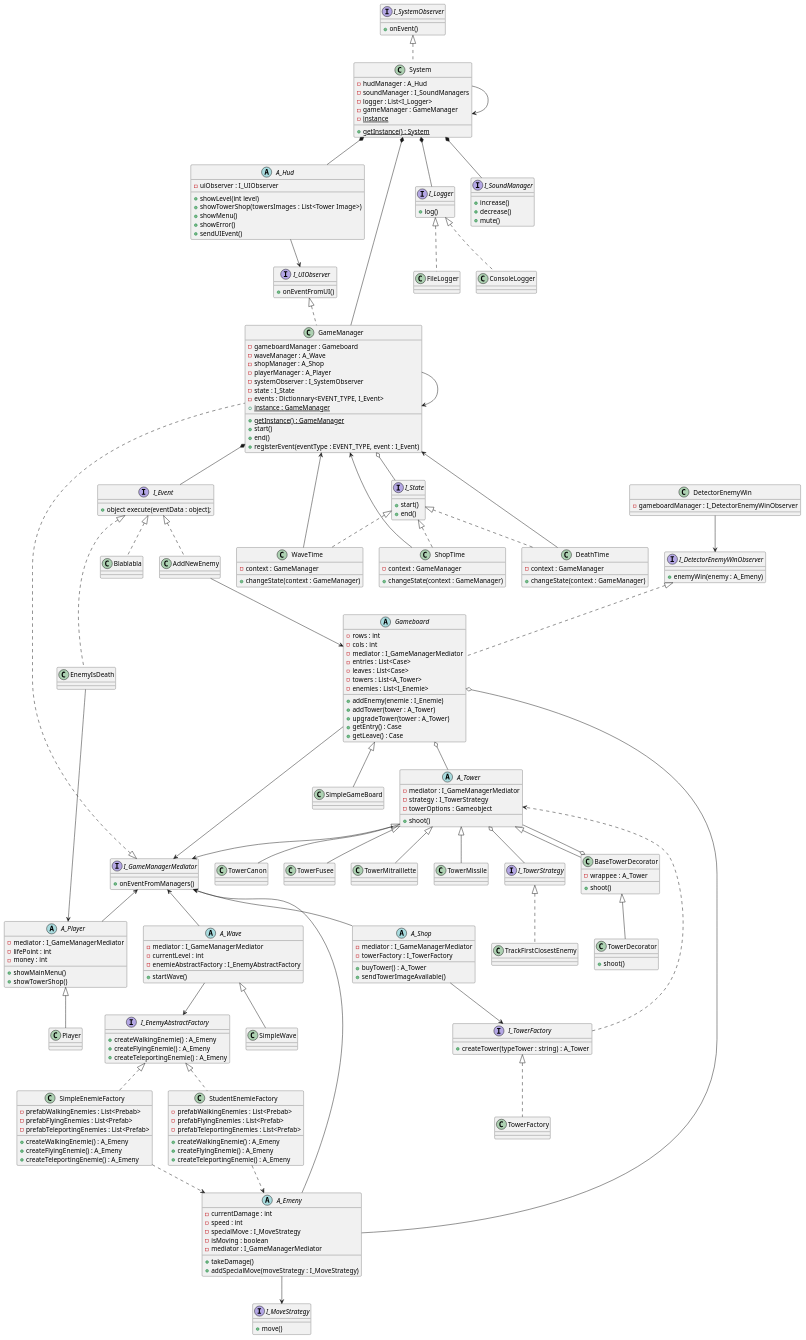
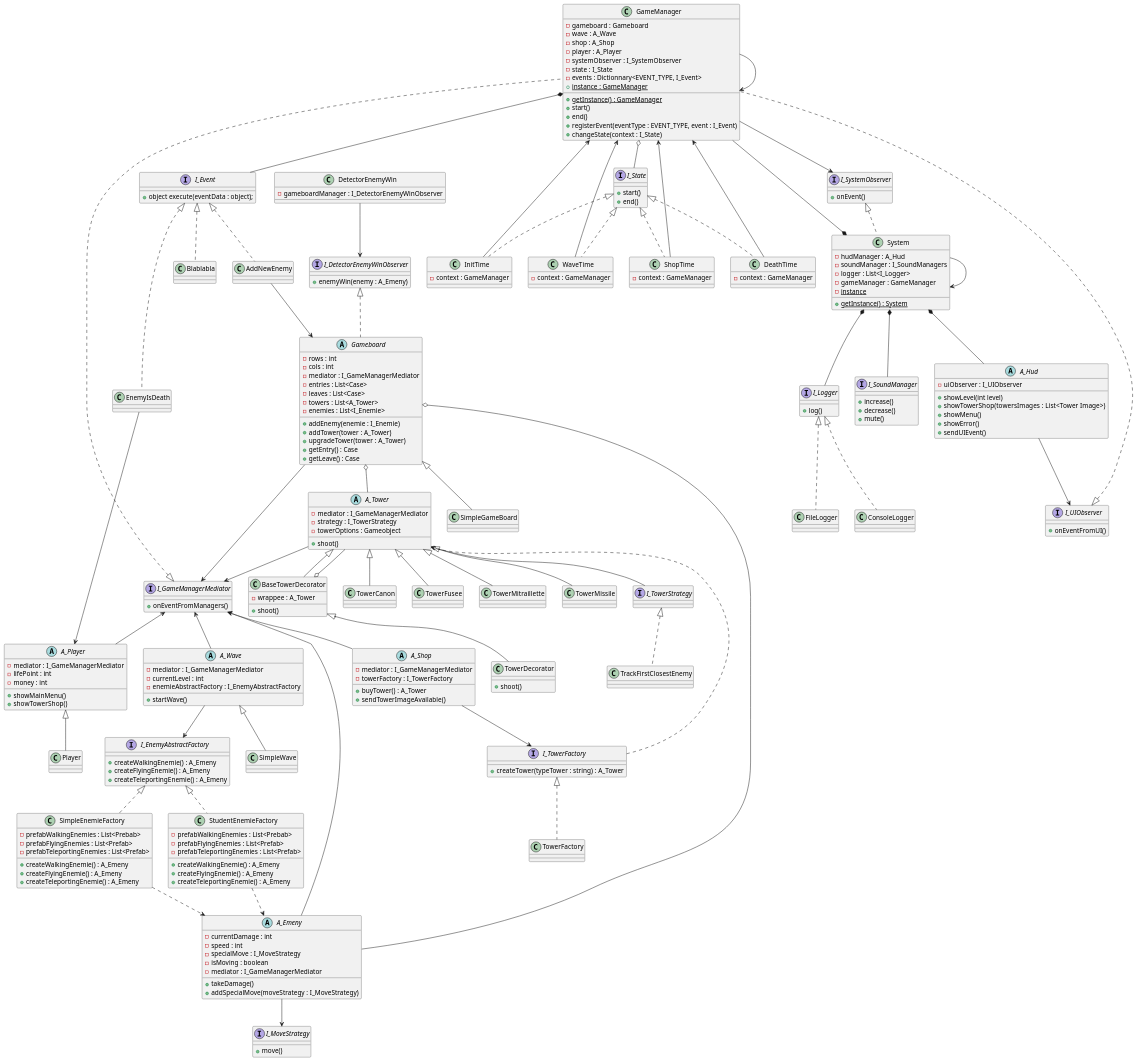
One commit to bobylatruffe/tower_defense changed the diagram in uml.plantuml. Above: the diagram before and after it, drawn with PlantUML.

Commit message:
refacto: uml

```diff
--- a/uml.plantuml
+++ b/uml.plantuml
@@ -5,10 +5,10 @@
 /' skinparam linetype polyline '/
 
 class GameManager implements I_UIObserver, I_GameManagerMediator {
-    - gameboardManager : Gameboard
-    - waveManager : A_Wave
-    - shopManager : A_Shop
-    - playerManager : A_Player
+    - gameboard : Gameboard
+    - wave : A_Wave
+    - shop : A_Shop
+    - player : A_Player
     - systemObserver : I_SystemObserver
     - state : I_State
     - events : Dictionnary<EVENT_TYPE, I_Event>
@@ -17,6 +17,7 @@
     + start()
     + end()
     + registerEvent(eventType : EVENT_TYPE, event : I_Event)
+    + changeState(context : I_State)
 }
 
 interface I_Event {
@@ -43,25 +44,30 @@
     + end()
 }
 
+GameManager --> I_SystemObserver
+
 GameManager o-- I_State
+
+class InitTime implements I_State {
+    - context : GameManager
+}
+
+InitTime --> GameManager
 
 class WaveTime implements I_State {
     - context : GameManager
-    + changeState(context : GameManager)
 }
 
 WaveTime --> GameManager
 
 class ShopTime implements I_State {
     - context : GameManager
-    + changeState(context : GameManager)
 }
 
 ShopTime --> GameManager
 
 class DeathTime implements I_State {
     - context : GameManager
-    + changeState(context : GameManager)
 }
 
 DeathTime --> GameManager
```
